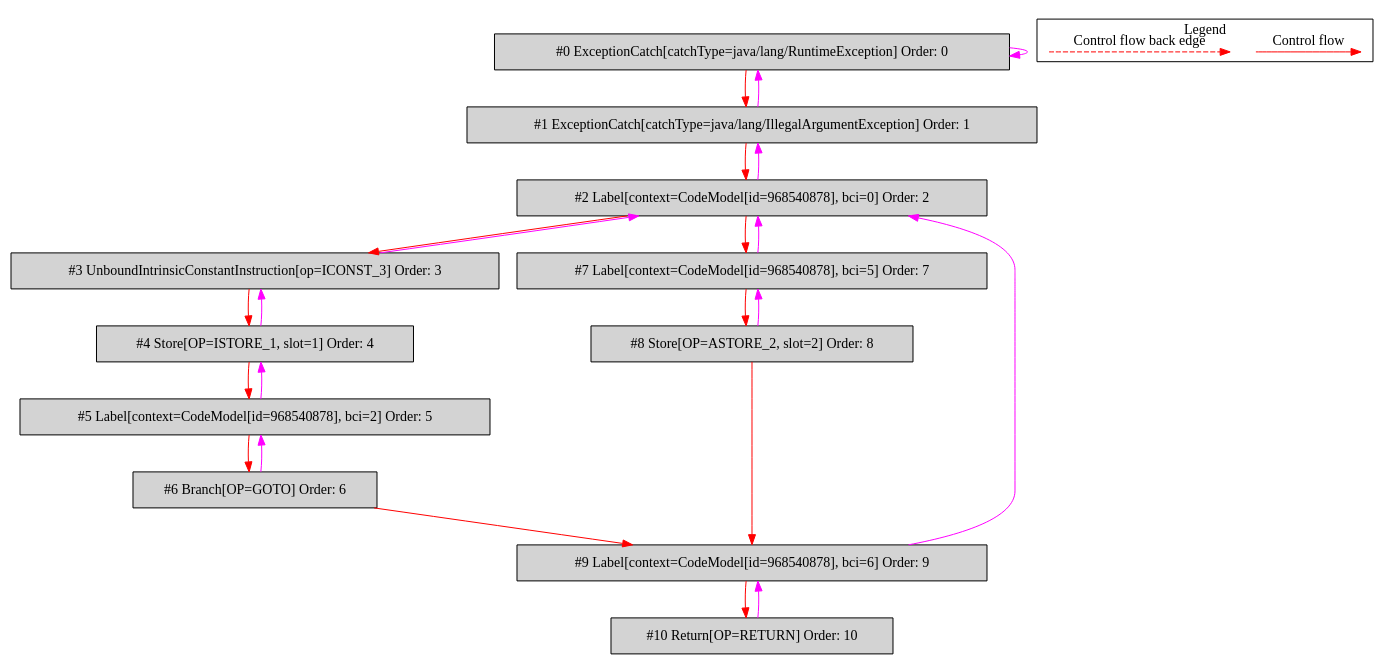
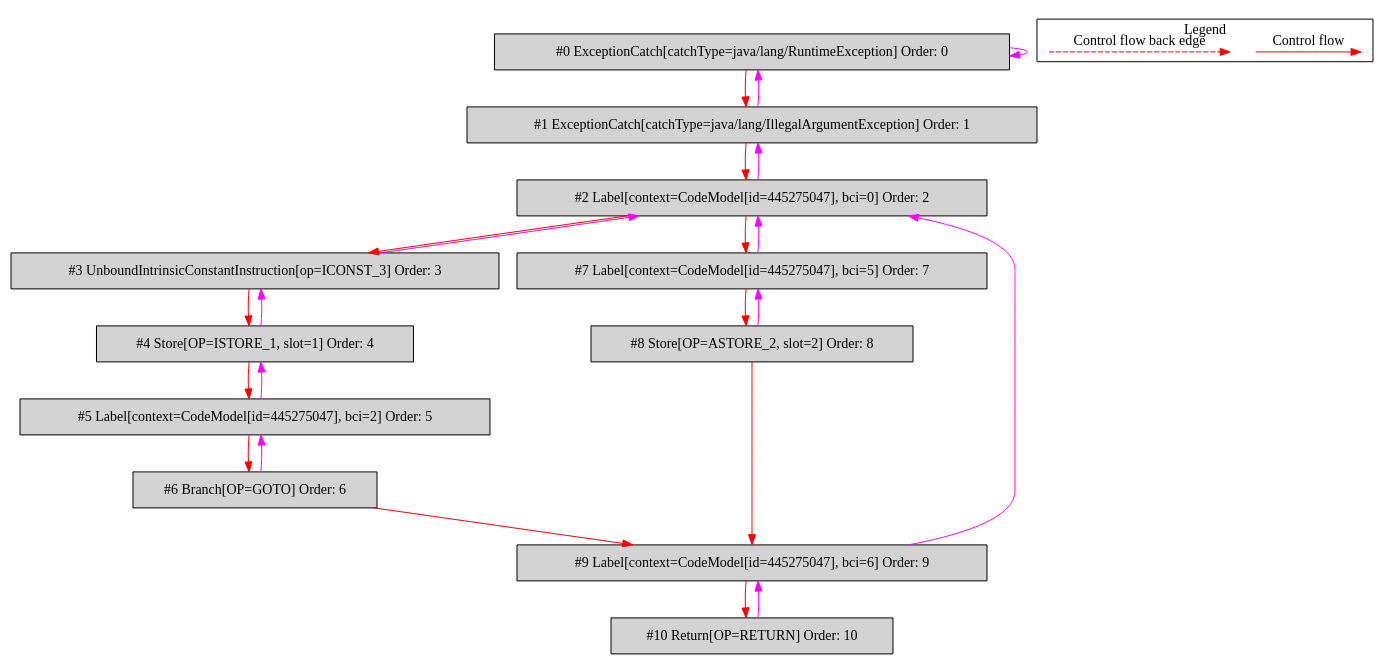
One commit to mirkosertic/MetaIR changed the diagram in de.mirkosertic.metair.ir.OpcodeTryCatchTest/test_Multicatch/bytecodecfg.dot. Above: the diagram before and after it, drawn with Graphviz. The commit also changed 973 other files, not shown here.

```diff
--- a/de.mirkosertic.metair.ir.OpcodeTryCatchTest/test_Multicatch/bytecodecfg.dot
+++ b/de.mirkosertic.metair.ir.OpcodeTryCatchTest/test_Multicatch/bytecodecfg.dot
@@ -1,50 +1,50 @@
 digraph {
  ordering="in";
  node0[label="#0 ExceptionCatch[catchType=java/lang/RuntimeException] Order: 0", shape=box, fillcolor=lightgrey, style=filled];
  node1[label="#1 ExceptionCatch[catchType=java/lang/IllegalArgumentException] Order: 1", shape=box, fillcolor=lightgrey, style=filled];
- node2[label="#2 Label[context=CodeModel[id=968540878], bci=0] Order: 2", shape=box, fillcolor=lightgrey, style=filled];
+ node2[label="#2 Label[context=CodeModel[id=445275047], bci=0] Order: 2", shape=box, fillcolor=lightgrey, style=filled];
  node3[label="#3 UnboundIntrinsicConstantInstruction[op=ICONST_3] Order: 3", shape=box, fillcolor=lightgrey, style=filled];
  node4[label="#4 Store[OP=ISTORE_1, slot=1] Order: 4", shape=box, fillcolor=lightgrey, style=filled];
- node5[label="#5 Label[context=CodeModel[id=968540878], bci=2] Order: 5", shape=box, fillcolor=lightgrey, style=filled];
+ node5[label="#5 Label[context=CodeModel[id=445275047], bci=2] Order: 5", shape=box, fillcolor=lightgrey, style=filled];
  node6[label="#6 Branch[OP=GOTO] Order: 6", shape=box, fillcolor=lightgrey, style=filled];
- node7[label="#7 Label[context=CodeModel[id=968540878], bci=5] Order: 7", shape=box, fillcolor=lightgrey, style=filled];
+ node7[label="#7 Label[context=CodeModel[id=445275047], bci=5] Order: 7", shape=box, fillcolor=lightgrey, style=filled];
  node8[label="#8 Store[OP=ASTORE_2, slot=2] Order: 8", shape=box, fillcolor=lightgrey, style=filled];
- node9[label="#9 Label[context=CodeModel[id=968540878], bci=6] Order: 9", shape=box, fillcolor=lightgrey, style=filled];
+ node9[label="#9 Label[context=CodeModel[id=445275047], bci=6] Order: 9", shape=box, fillcolor=lightgrey, style=filled];
  node10[label="#10 Return[OP=RETURN] Order: 10", shape=box, fillcolor=lightgrey, style=filled];
  node0 -> node0[color=fuchsia];
  node0 -> node1[color=red];
  node1 -> node0[color=fuchsia];
  node1 -> node2[color=red];
  node2 -> node1[color=fuchsia];
  node2 -> node3[color=red];
  node3 -> node2[color=fuchsia];
  node3 -> node4[color=red];
  node4 -> node3[color=fuchsia];
  node4 -> node5[color=red];
  node5 -> node4[color=fuchsia];
  node5 -> node6[color=red];
  node6 -> node5[color=fuchsia];
  node2 -> node7[color=red];
  node7 -> node2[color=fuchsia];
  node7 -> node8[color=red];
  node8 -> node7[color=fuchsia];
  node6 -> node9[color=red];
  node8 -> node9[color=red];
  node9 -> node2[color=fuchsia];
  node9 -> node10[color=red];
  node10 -> node9[color=fuchsia];
  subgraph cluster_000 {
   label = "Legend";
   node [shape=point]
   {
    rank=same;
    c0 [style = invis];
    c1 [style = invis];
    c2 [style = invis];
    c3 [style = invis];
   }
   c0 -> c1 [label="Control flow", style=solid, color=red]
   c2 -> c3 [label="Control flow back edge", style=dashed, color=red]
  }
 
 }
```
